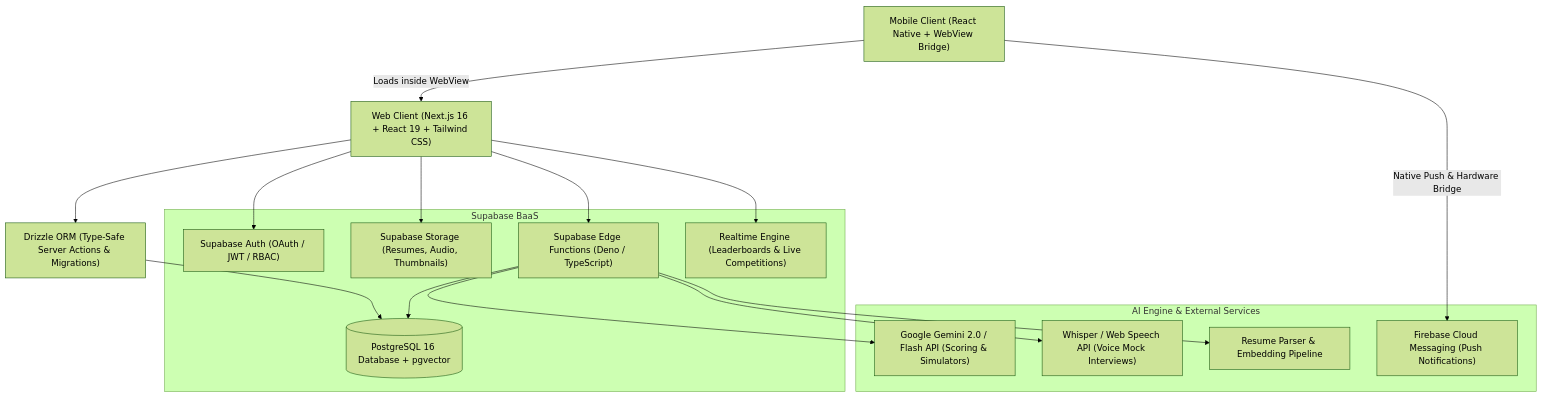
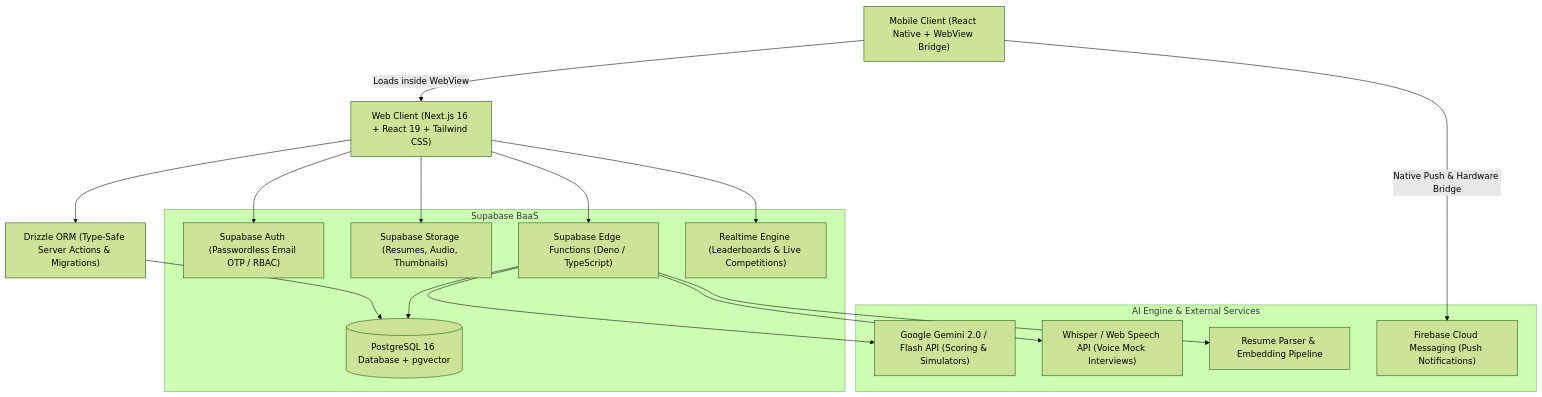
The diagram in docs/README.md (EdwinRodger/aignite), drawn with Mermaid (forest theme) before and after one commit. The commit also changed other lines of this file and 4 other files, not shown here.

````diff
--- a/docs/README.md
+++ b/docs/README.md
@@ -36,36 +37,36 @@
 ```mermaid
 graph TD
     ClientWeb["Web Client (Next.js 16 + React 19 + Tailwind CSS)"]
     ClientApp["Mobile Client (React Native + WebView Bridge)"]
     Drizzle["Drizzle ORM (Type-Safe Server Actions & Migrations)"]
     
     subgraph Supabase BaaS
-        Auth["Supabase Auth (OAuth / JWT / RBAC)"]
+        Auth["Supabase Auth (Passwordless Email OTP / RBAC)"]
         DB[("PostgreSQL 16 Database + pgvector")]
         Storage["Supabase Storage (Resumes, Audio, Thumbnails)"]
         Edge["Supabase Edge Functions (Deno / TypeScript)"]
         Realtime["Realtime Engine (Leaderboards & Live Competitions)"]
     end
     
     subgraph AI Engine & External Services
         Gemini["Google Gemini 2.0 / Flash API (Scoring & Simulators)"]
         STT["Whisper / Web Speech API (Voice Mock Interviews)"]
         ResParse["Resume Parser & Embedding Pipeline"]
         FCM["Firebase Cloud Messaging (Push Notifications)"]
     end
 
     ClientWeb --> Auth
     ClientWeb --> Drizzle
     Drizzle --> DB
     ClientWeb --> Edge
     ClientWeb --> Storage
     ClientWeb --> Realtime
 
     ClientApp -->|Loads inside WebView| ClientWeb
     ClientApp -->|Native Push & Hardware Bridge| FCM
 
     Edge --> Gemini
     Edge --> STT
     Edge --> ResParse
     Edge --> DB
 ```
````
